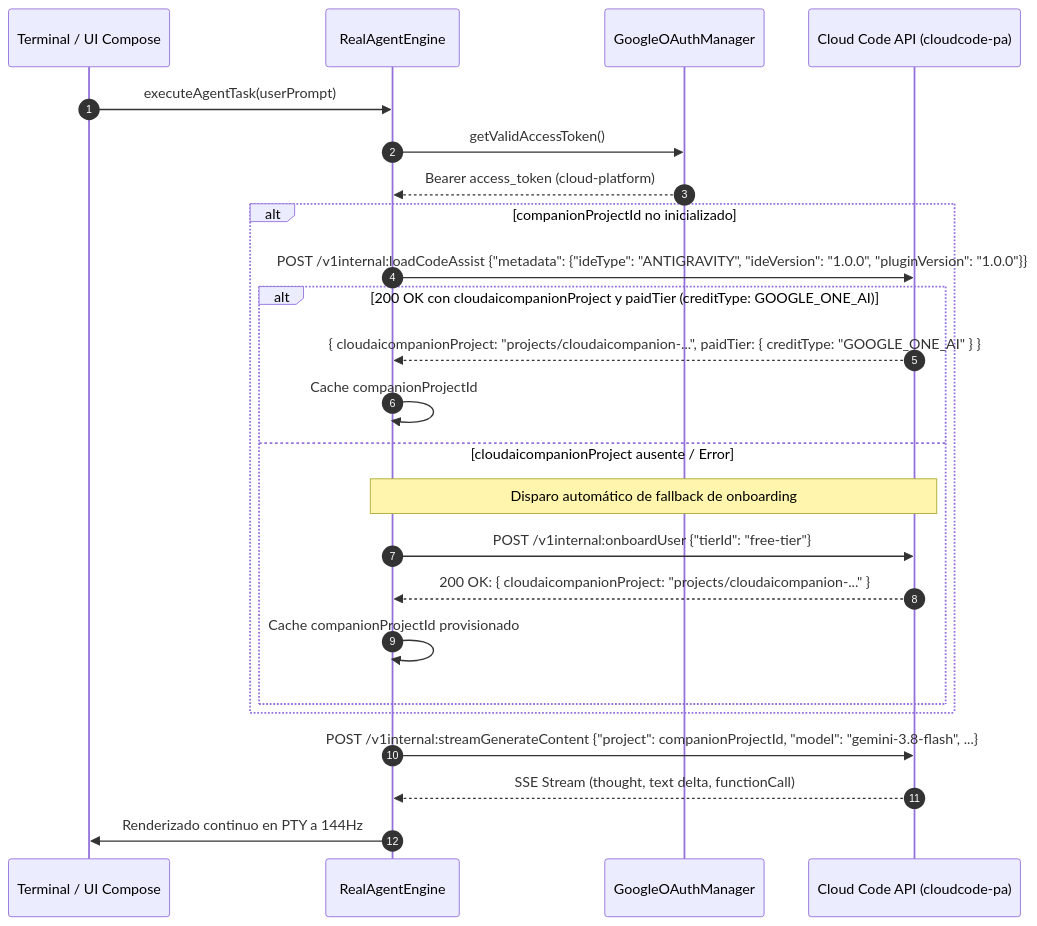
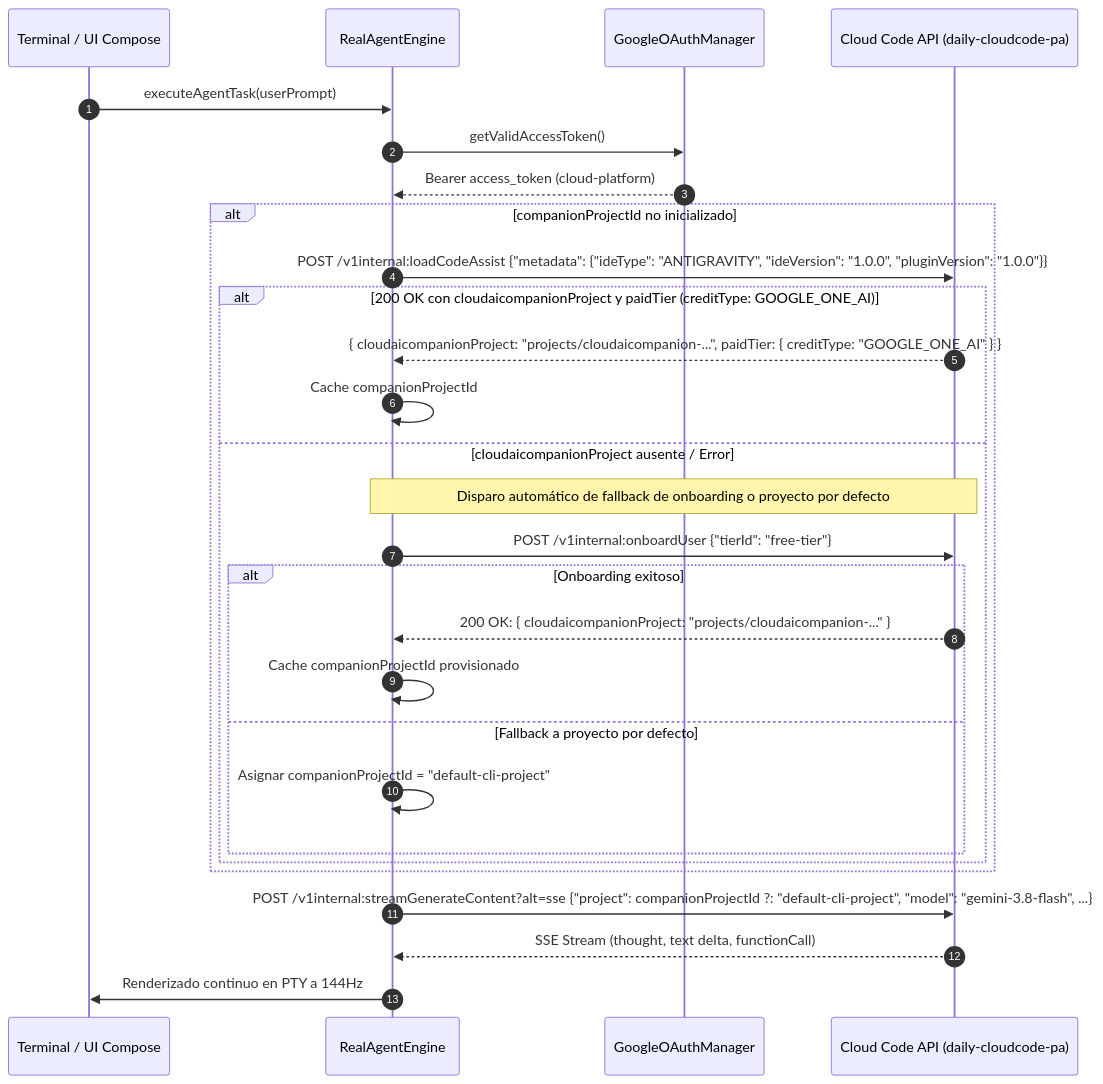
The third of 4 diagrams in specs/02-google-oauth-agent.md (Yhoanes/antigravity-studio), drawn with Mermaid before and after one commit. The commit also changed other lines of this file and 6 other files, not shown here.

First line of the commit message:
fix(backend): connect directly to daily-cloudcode-pa and default-cli-project

````diff
--- a/specs/02-google-oauth-agent.md
+++ b/specs/02-google-oauth-agent.md
@@ -420,27 +421,31 @@
 ```mermaid
 sequenceDiagram
     autonumber
     participant UI as Terminal / UI Compose
     participant Engine as RealAgentEngine
     participant Auth as GoogleOAuthManager
-    participant CloudCode as Cloud Code API (cloudcode-pa)
+    participant CloudCode as Cloud Code API (daily-cloudcode-pa)
 
     UI->>Engine: executeAgentTask(userPrompt)
     Engine->>Auth: getValidAccessToken()
     Auth-->>Engine: Bearer access_token (cloud-platform)
     alt companionProjectId no inicializado
         Engine->>CloudCode: POST /v1internal:loadCodeAssist {"metadata": {"ideType": "ANTIGRAVITY", "ideVersion": "1.0.0", "pluginVersion": "1.0.0"}}
         alt 200 OK con cloudaicompanionProject y paidTier (creditType: GOOGLE_ONE_AI)
             CloudCode-->>Engine: { cloudaicompanionProject: "projects/cloudaicompanion-...", paidTier: { creditType: "GOOGLE_ONE_AI" } }
             Engine->>Engine: Cache companionProjectId
         else cloudaicompanionProject ausente / Error #3501 (SUBSCRIPTION_REQUIRED)
-            Note over Engine,CloudCode: Disparo automático de fallback de onboarding
+            Note over Engine,CloudCode: Disparo automático de fallback de onboarding o proyecto por defecto
             Engine->>CloudCode: POST /v1internal:onboardUser {"tierId": "free-tier"}
-            CloudCode-->>Engine: 200 OK: { cloudaicompanionProject: "projects/cloudaicompanion-..." }
-            Engine->>Engine: Cache companionProjectId provisionado
+            alt Onboarding exitoso
+                CloudCode-->>Engine: 200 OK: { cloudaicompanionProject: "projects/cloudaicompanion-..." }
+                Engine->>Engine: Cache companionProjectId provisionado
+            else Fallback a proyecto por defecto
+                Engine->>Engine: Asignar companionProjectId = "default-cli-project"
+            end
         end
     end
-    Engine->>CloudCode: POST /v1internal:streamGenerateContent {"project": companionProjectId, "model": "gemini-3.8-flash", ...}
+    Engine->>CloudCode: POST /v1internal:streamGenerateContent?alt=sse {"project": companionProjectId ?: "default-cli-project", "model": "gemini-3.8-flash", ...}
     CloudCode-->>Engine: SSE Stream (thought, text delta, functionCall)
     Engine->>UI: Renderizado continuo en PTY a 144Hz
 ```
````
